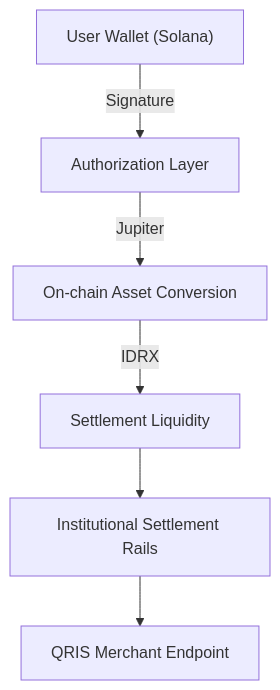
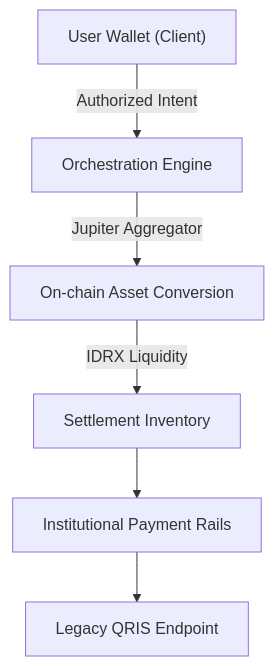
The first of 2 diagrams in README.md (nayrbryanGaming/SOLQV2), drawn with Mermaid before and after one commit. The commit also changed other lines of this file, not shown here.

Commit message:
docs: Institutional Hardening (Tier 95+)
- Added Infrastructure Resilience & Observability documentation.
- Integrated RPC redundancy and failure domain isolation statements.
- Refined architecture diagram for institutional clarity.
- Removed structural redundancies.

````diff
--- a/README.md
+++ b/README.md
@@ -38,8 +38,8 @@
 ```mermaid
 graph TD
-    A["User Wallet (Solana)"] -->|Signature| B[Authorization Layer]
-    B -->|Jupiter| C[On-chain Asset Conversion]
-    C -->|IDRX| D[Settlement Liquidity]
-    D --> E[Institutional Settlement Rails]
-    E --> F["QRIS Merchant Endpoint"]
+    A["User Wallet (Client)"] -->|Authorized Intent| B[Orchestration Engine]
+    B -->|Jupiter Aggregator| C[On-chain Asset Conversion]
+    C -->|IDRX Liquidity| D[Settlement Inventory]
+    D --> E[Institutional Payment Rails]
+    E --> F["Legacy QRIS Endpoint"]
 ```
````
